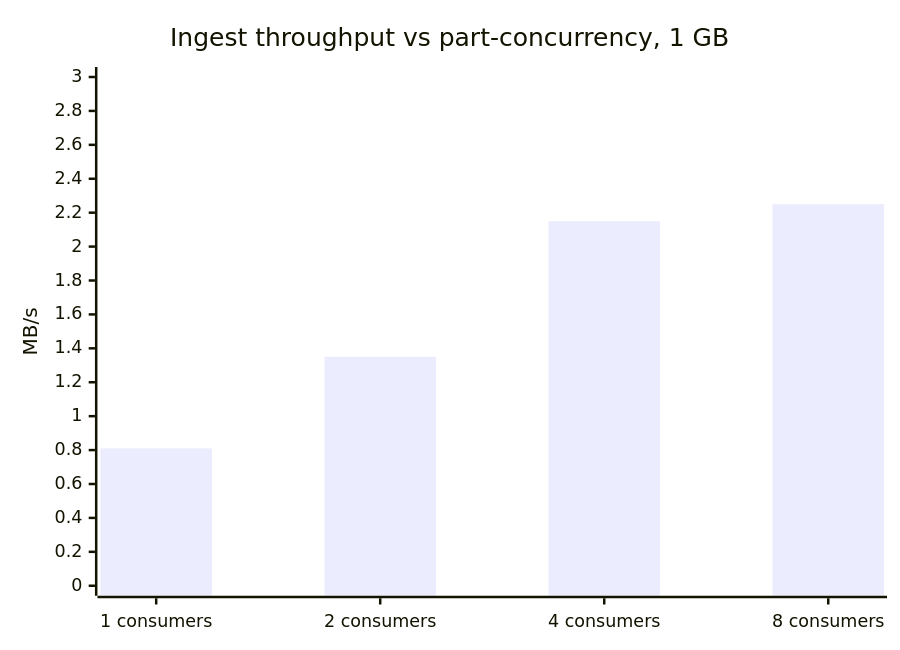
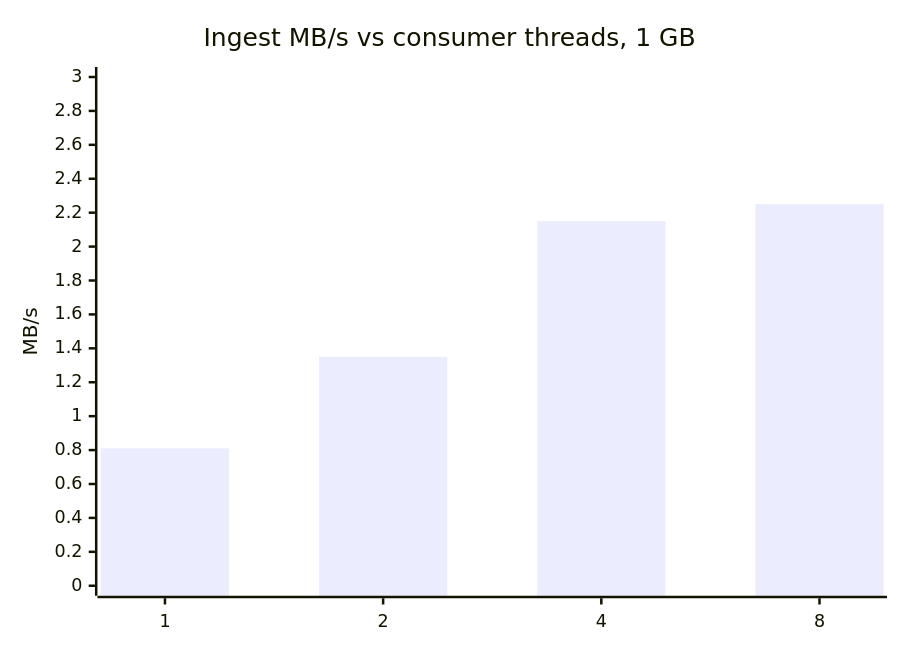
Before and after one commit to shubamchaudhary/LogLens: the second of 2 diagrams in bench/BENCHMARKS.md, drawn with Mermaid. The commit also changed 1 other file, not shown here.

Commit message:
Report: chart labels
Claude-Session: https://claude.ai/code/session_01L7TxFdbQf3ELHSpKsWn4qX

````diff
--- a/bench/BENCHMARKS.md
+++ b/bench/BENCHMARKS.md
@@ -41,7 +41,7 @@
 ```mermaid
 xychart-beta
-  title "Ingest throughput vs part-concurrency, 1 GB"
-  x-axis ["1 consumers", "2 consumers", "4 consumers", "8 consumers"]
+  title "Ingest MB/s vs consumer threads, 1 GB"
+  x-axis ["1", "2", "4", "8"]
   y-axis "MB/s" 0 --> 3
   bar [0.81, 1.35, 2.15, 2.25]
 ```
````
